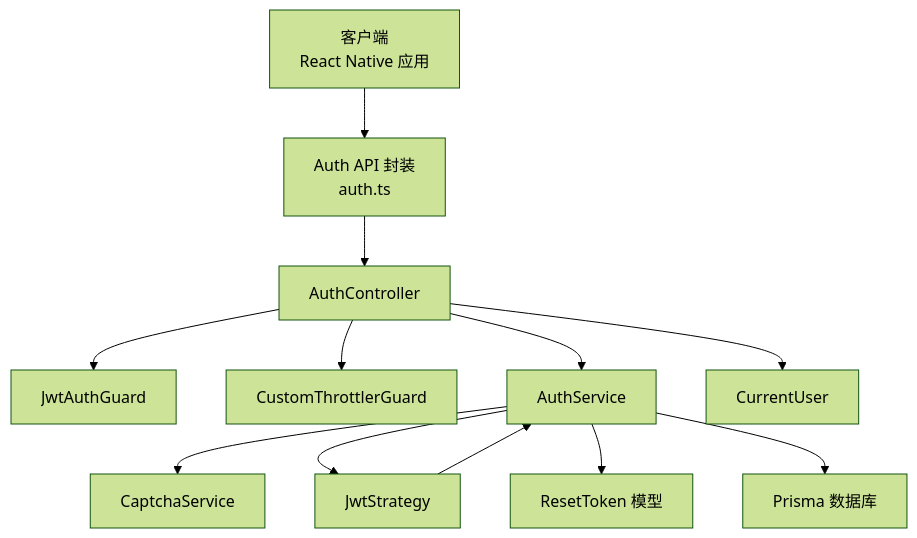
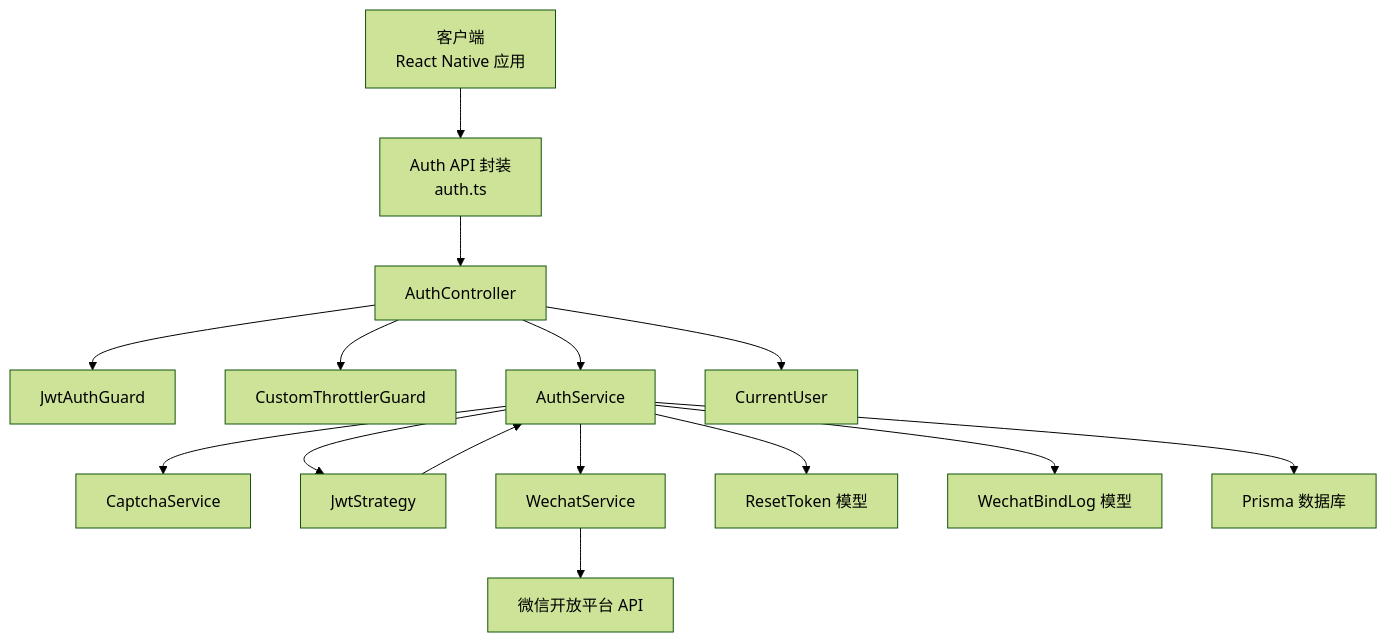
The second of 15 diagrams in .qoder/repowiki/zh/content/后端开发指南/核心模块详解/认证模块.md (lsqwawa/free-dress), drawn with Mermaid (forest theme) before and after one commit. The commit also changed other lines of this file and 71 other files, not shown here.

````diff
--- a/.qoder/repowiki/zh/content/后端开发指南/核心模块详解/认证模块.md
+++ b/.qoder/repowiki/zh/content/后端开发指南/核心模块详解/认证模块.md
@@ -163,14 +192,17 @@
 ```mermaid
 graph TB
 Client["客户端<br/>React Native 应用"] --> API["Auth API 封装<br/>auth.ts"]
 API --> Controller["AuthController"]
 Controller --> Guard["JwtAuthGuard"]
 Controller --> Throttler["CustomThrottlerGuard"]
 Controller --> Service["AuthService"]
 Service --> Captcha["CaptchaService"]
 Service --> Strategy["JwtStrategy"]
+Service --> Wechat["WechatService"]
 Service --> ResetToken["ResetToken 模型"]
+Service --> WechatLog["WechatBindLog 模型"]
 Strategy --> Service
 Controller --> Decorator["CurrentUser"]
 Service --> Prisma["Prisma 数据库"]
+Wechat --> WechatAPI["微信开放平台 API"]
 ```
````
